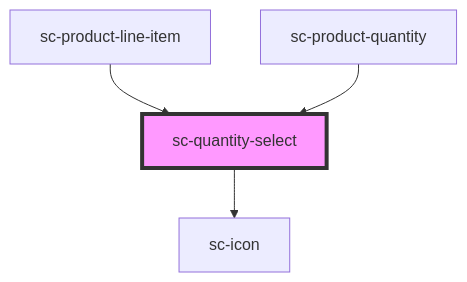
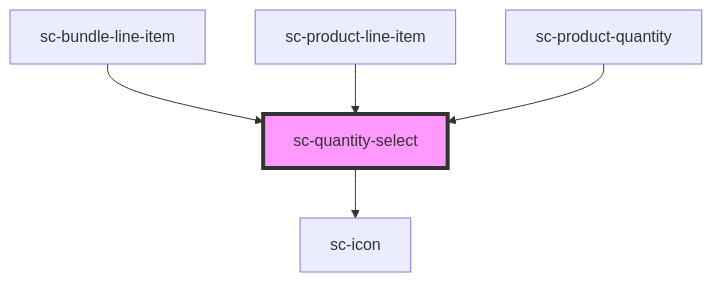
Before and after one commit to surecart/surecart-wp-plugin: the diagram in packages/components/src/components/ui/quantity-select/readme.md, drawn with Mermaid. The commit also changed other lines of this file and 34 other files, not shown here.

````diff
--- a/packages/components/src/components/ui/quantity-select/readme.md
+++ b/packages/components/src/components/ui/quantity-select/readme.md
@@ -56,7 +57,8 @@
 ```mermaid
 graph TD;
   sc-quantity-select --> sc-icon
+  sc-bundle-line-item --> sc-quantity-select
   sc-product-line-item --> sc-quantity-select
   sc-product-quantity --> sc-quantity-select
   style sc-quantity-select fill:#f9f,stroke:#333,stroke-width:4px
 ```
````
